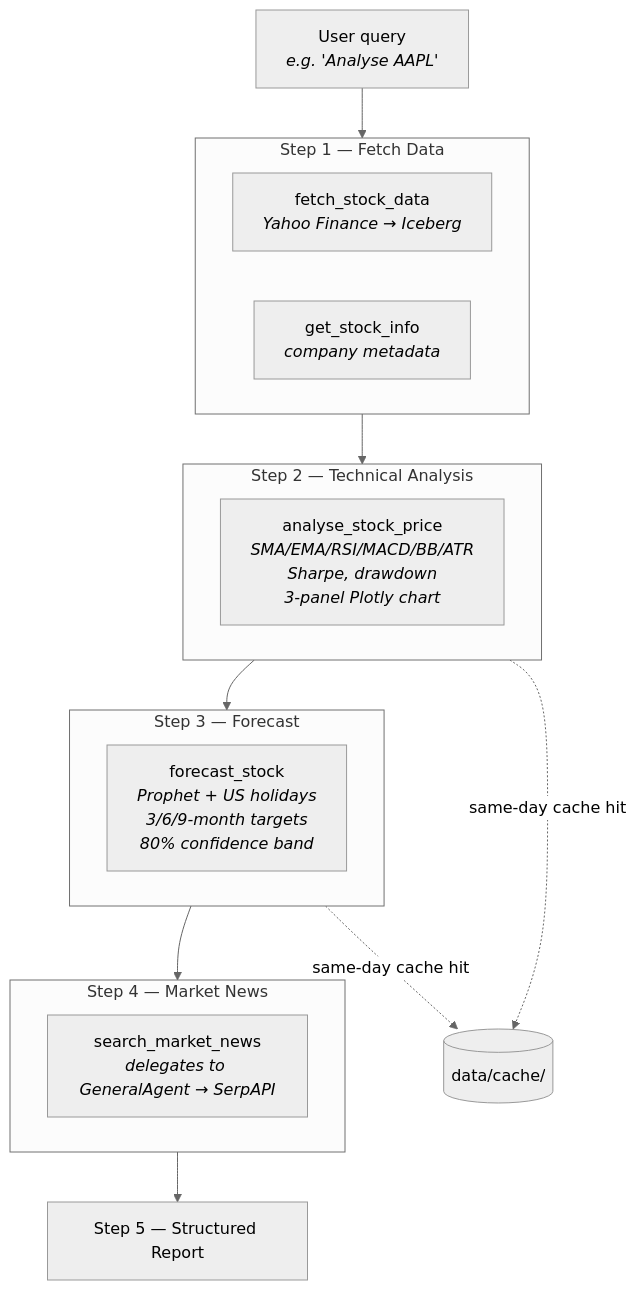
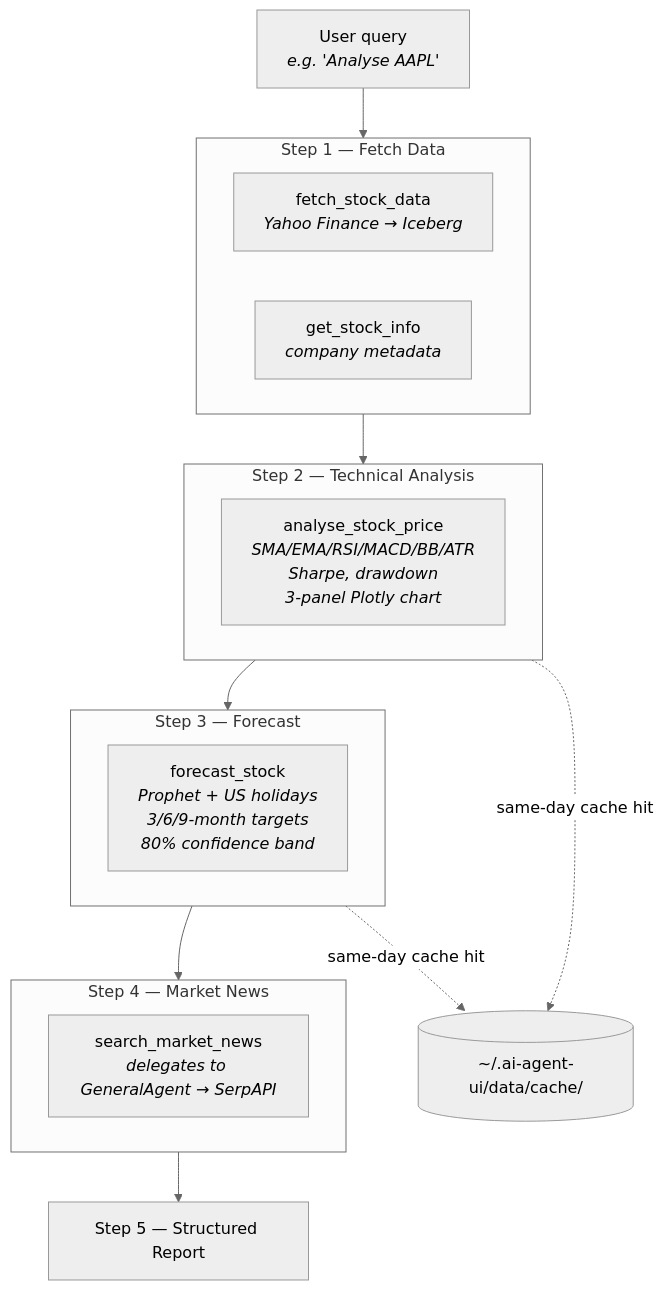
Before and after one commit to asequitytrading-design/ai-agent-ui: the fourth of 4 diagrams in README.md, drawn with Mermaid (neutral theme). The commit also changed other lines of this file and 270 other files, not shown here.

````diff
--- a/README.md
+++ b/README.md
@@ -181,23 +191,23 @@
 ```mermaid
 graph TD
     Q["User query<br/><i>e.g. 'Analyse AAPL'</i>"]
     Q --> S1
     subgraph S1["Step 1 — Fetch Data"]
         FSD["fetch_stock_data<br/><i>Yahoo Finance → Iceberg</i>"]
         GSI["get_stock_info<br/><i>company metadata</i>"]
     end
     S1 --> S2
     subgraph S2["Step 2 — Technical Analysis"]
         ASP["analyse_stock_price<br/><i>SMA/EMA/RSI/MACD/BB/ATR<br/>Sharpe, drawdown<br/>3-panel Plotly chart</i>"]
     end
     S2 --> S3
     subgraph S3["Step 3 — Forecast"]
         FS["forecast_stock<br/><i>Prophet + US holidays<br/>3/6/9-month targets<br/>80% confidence band</i>"]
     end
     S3 --> S4
     subgraph S4["Step 4 — Market News"]
         SMN["search_market_news<br/><i>delegates to GeneralAgent → SerpAPI</i>"]
     end
     S4 --> S5["Step 5 — Structured Report"]
-    S2 & S3 -.->|"same-day cache hit"| CACHE[("data/cache/")]
+    S2 & S3 -.->|"same-day cache hit"| CACHE[("~/.ai-agent-ui/data/cache/")]
 ```
````
